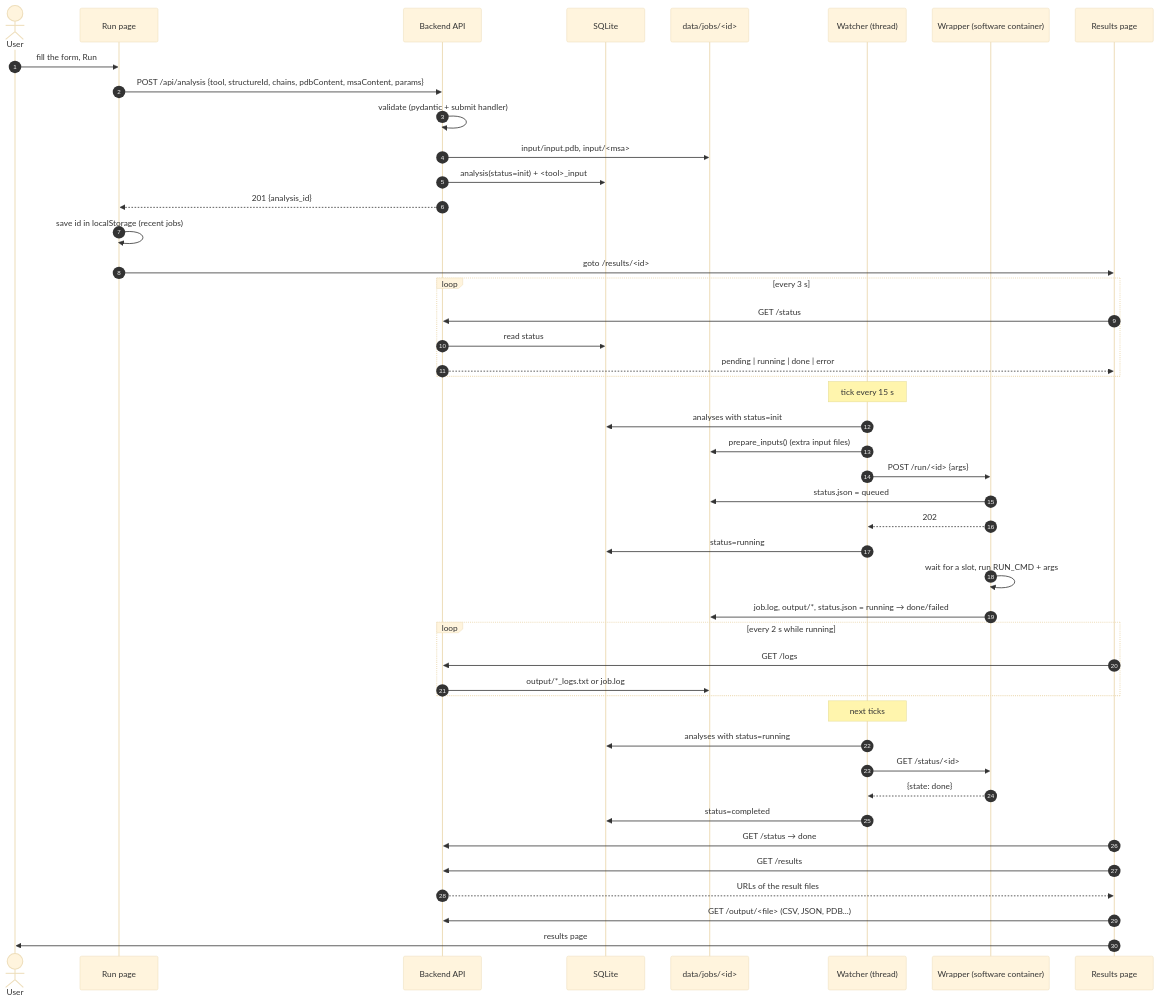
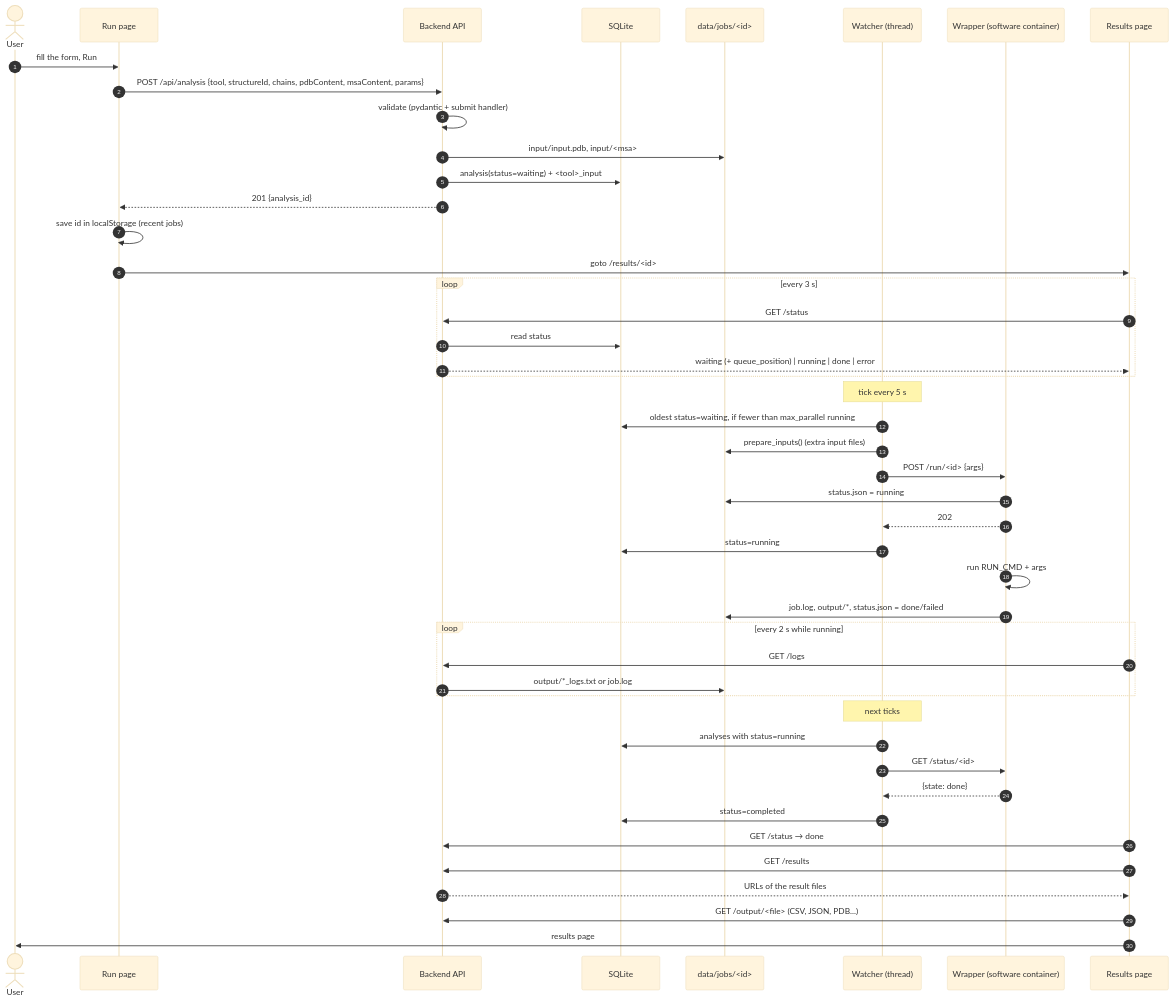
The first of 5 diagrams in docs/analysis-lifecycle.md (Benoitdw/dezyme), drawn with Mermaid (base theme) before and after one commit. The commit also changed other lines of this file and 8 other files, not shown here.

First line of the commit message:
Move the analysis queue from the wrapper to the backend

````diff
--- a/docs/analysis-lifecycle.md
+++ b/docs/analysis-lifecycle.md
@@ -30,55 +30,55 @@
 ```mermaid
 sequenceDiagram
     autonumber
     actor U as User
     participant R as Run page
     participant API as Backend API
     participant DB as SQLite
     participant FS as data/jobs/<id>
     participant WT as Watcher (thread)
     participant WR as Wrapper (software container)
     participant RP as Results page
 
     U->>R: fill the form, Run
     R->>API: POST /api/analysis {tool, structureId, chains, pdbContent, msaContent, params}
     API->>API: validate (pydantic + submit handler)
     API->>FS: input/input.pdb, input/<msa>
-    API->>DB: analysis(status=init) + <tool>_input
+    API->>DB: analysis(status=waiting) + <tool>_input
     API-->>R: 201 {analysis_id}
     R->>R: save id in localStorage (recent jobs)
     R->>RP: goto /results/<id>
 
     loop every 3 s
         RP->>API: GET /status
         API->>DB: read status
-        API-->>RP: pending | running | done | error
+        API-->>RP: waiting (+ queue_position) | running | done | error
     end
 
-    Note over WT: tick every 15 s
-    WT->>DB: analyses with status=init
+    Note over WT: tick every 5 s
+    WT->>DB: oldest status=waiting, if fewer than max_parallel running
     WT->>FS: prepare_inputs() (extra input files)
     WT->>WR: POST /run/<id> {args}
-    WR->>FS: status.json = queued
+    WR->>FS: status.json = running
     WR-->>WT: 202
     WT->>DB: status=running
 
-    WR->>WR: wait for a slot, run RUN_CMD + args
-    WR->>FS: job.log, output/*, status.json = running → done/failed
+    WR->>WR: run RUN_CMD + args
+    WR->>FS: job.log, output/*, status.json = done/failed
 
     loop every 2 s while running
         RP->>API: GET /logs
         API->>FS: output/*_logs.txt or job.log
     end
 
     Note over WT: next ticks
     WT->>DB: analyses with status=running
     WT->>WR: GET /status/<id>
     WR-->>WT: {state: done}
     WT->>DB: status=completed
 
     RP->>API: GET /status → done
     RP->>API: GET /results
     API-->>RP: URLs of the result files
     RP->>API: GET /output/<file> (CSV, JSON, PDB...)
     RP->>U: results page
 ```
````
